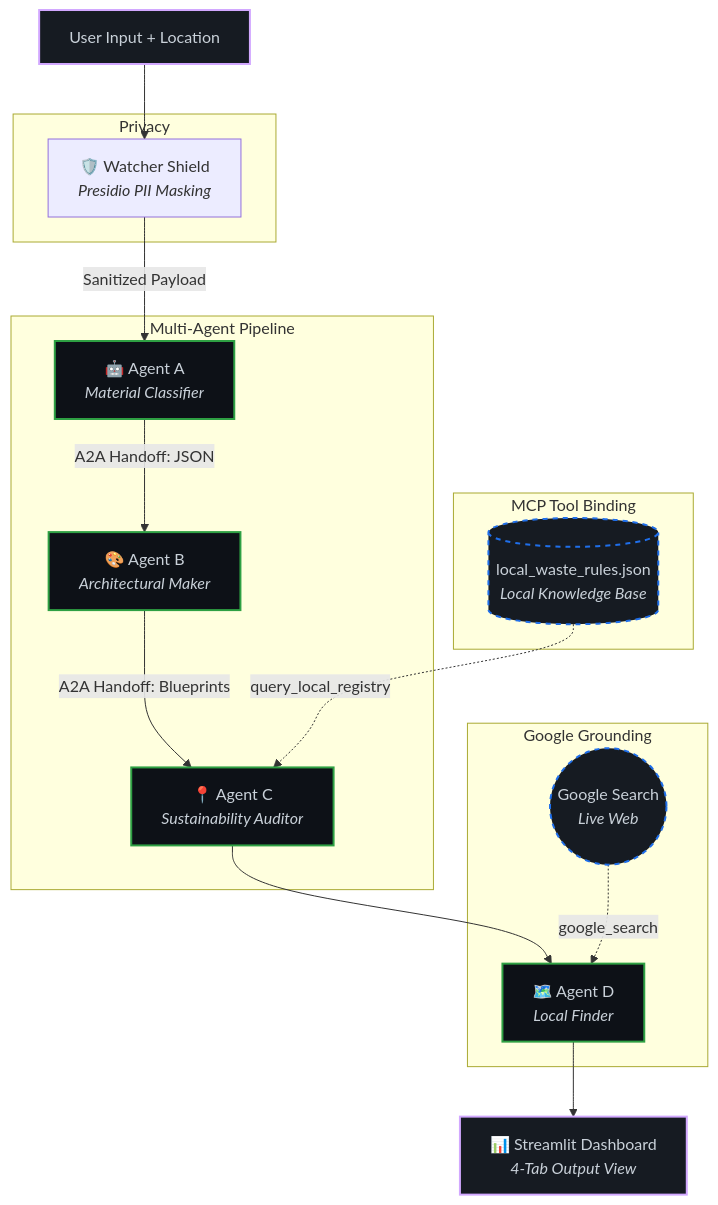
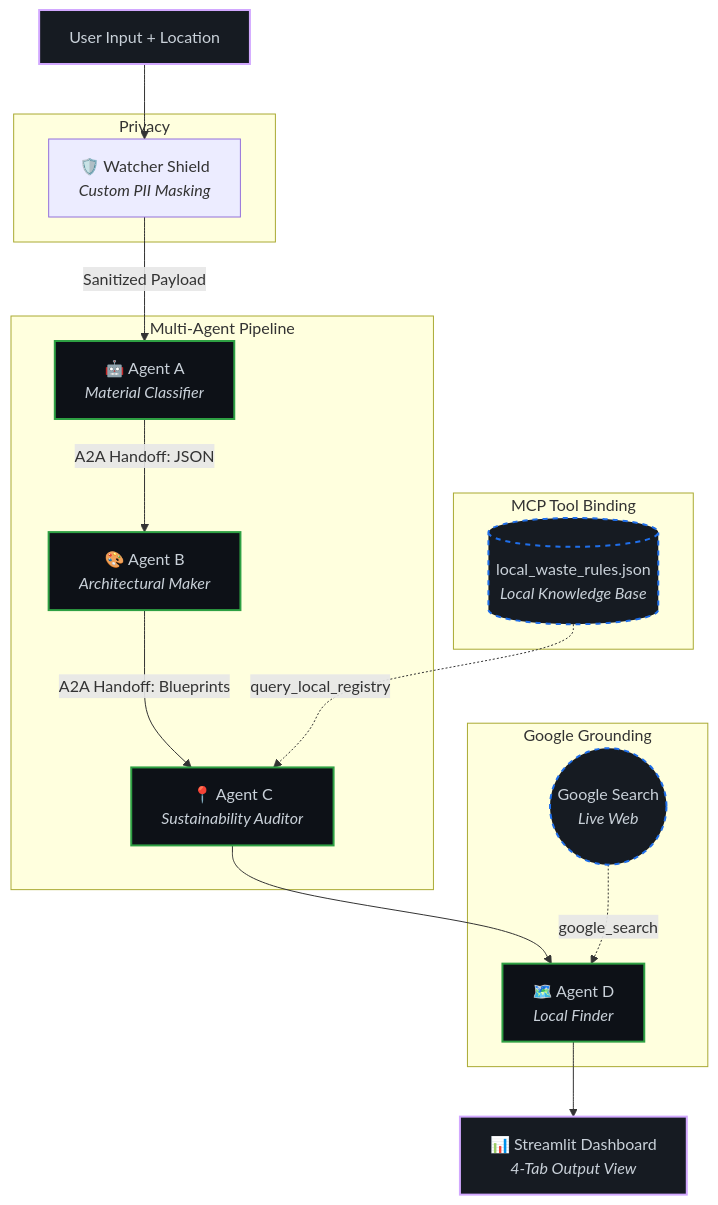
One commit to vishnucm/EcoWatcher changed the diagram in README.md. Above: the diagram before and after it, drawn with Mermaid. The commit also changed other lines of this file and 1 other file, not shown here.

Commit message:
Scrub Microsoft Presidio references and update .gitignore

````diff
--- a/README.md
+++ b/README.md
@@ -39,37 +39,37 @@
 ```mermaid
 graph TD
     A[User Input + Location] --> B
     
     subgraph Privacy
-    B[🛡️ Watcher Shield <br> <i>Presidio PII Masking</i>]
+    B[🛡️ Watcher Shield <br> <i>Custom PII Masking</i>]
     end
     
     B -->|Sanitized Payload| C
     
     subgraph Multi-Agent Pipeline
     C[🤖 Agent A <br> <i>Material Classifier</i>] -->|A2A Handoff: JSON| D
     D[🎨 Agent B <br> <i>Architectural Maker</i>] -->|A2A Handoff: Blueprints| E
     E[📍 Agent C <br> <i>Sustainability Auditor</i>] 
     end
     
     subgraph MCP Tool Binding
     F[(local_waste_rules.json <br> <i>Local Knowledge Base</i>)] -.->|query_local_registry| E
     end
     
     E --> G
     
     subgraph Google Grounding
     G[🗺️ Agent D <br> <i>Local Finder</i>]
     H((Google Search <br> <i>Live Web</i>)) -.->|google_search| G
     end
     
     G --> I[📊 Streamlit Dashboard <br> <i>4-Tab Output View</i>]
     
     classDef agent fill:#0d1117,stroke:#2ea043,stroke-width:2px,color:#c9d1d9;
     classDef tool fill:#161b22,stroke:#1f6feb,stroke-width:2px,color:#c9d1d9,stroke-dasharray: 5 5;
     classDef ui fill:#161b22,stroke:#d2a8ff,stroke-width:2px,color:#c9d1d9;
     
     class C,D,E,G agent;
     class F,H tool;
     class A,I ui;
 ```
````
